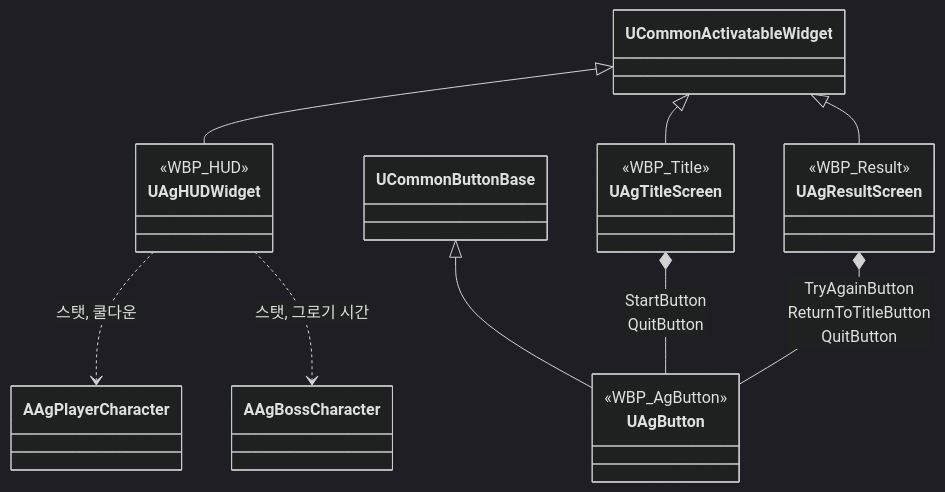
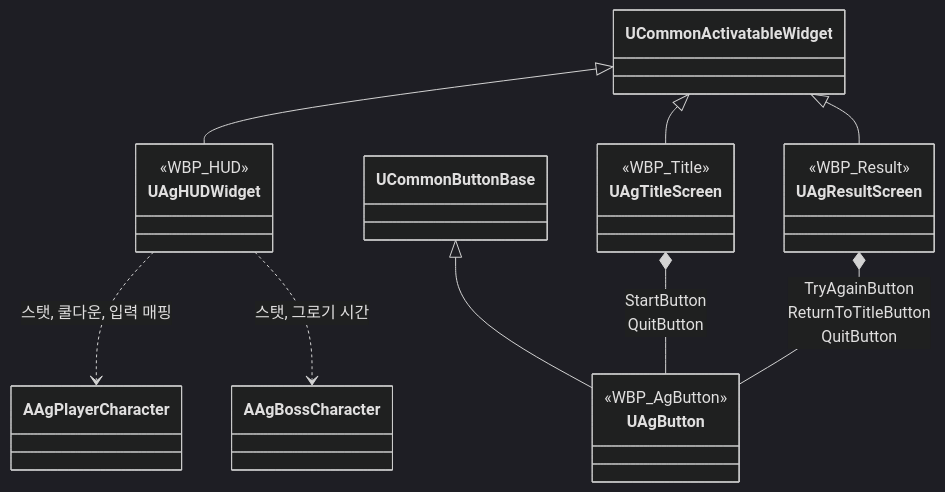
Before and after one commit to Woogl/Ag: diagram 15 of 20 in Docs/Program/클래스 구조도.md, drawn with Mermaid (dark theme). The commit also changed 23 other files, not shown here.

````diff
--- a/Docs/Program/클래스 구조도.md
+++ b/Docs/Program/클래스 구조도.md
@@ -542,25 +542,25 @@
 ```mermaid
 classDiagram
     direction TB
     class UAgHUDWidget {
         <<WBP_HUD>>
     }
     class UAgTitleScreen {
         <<WBP_Title>>
     }
     class UAgResultScreen {
         <<WBP_Result>>
     }
     class UAgButton {
         <<WBP_AgButton>>
     }
     UCommonActivatableWidget <|-- UAgHUDWidget
     UCommonActivatableWidget <|-- UAgTitleScreen
     UCommonActivatableWidget <|-- UAgResultScreen
     UCommonButtonBase <|-- UAgButton
 
     UAgTitleScreen *-- UAgButton : StartButton<br>QuitButton
     UAgResultScreen *-- UAgButton : TryAgainButton<br>ReturnToTitleButton<br>QuitButton
-    UAgHUDWidget ..> AAgPlayerCharacter : 스탯, 쿨다운
+    UAgHUDWidget ..> AAgPlayerCharacter : 스탯, 쿨다운, 입력 매핑
     UAgHUDWidget ..> AAgBossCharacter : 스탯, 그로기 시간
 ```
````
